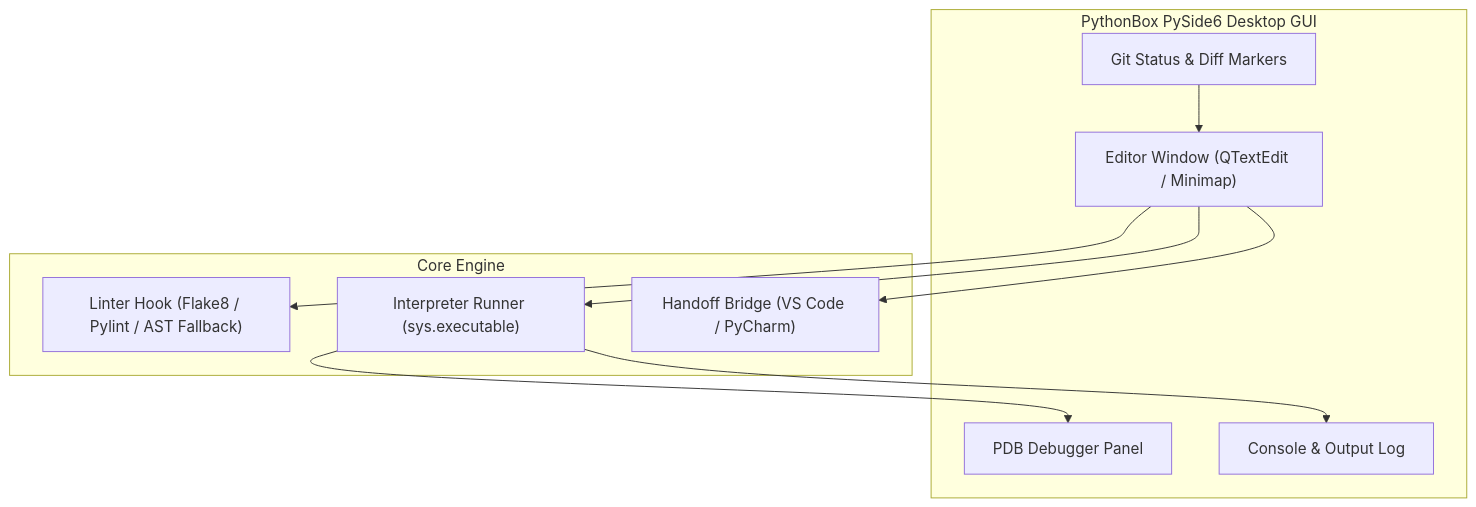
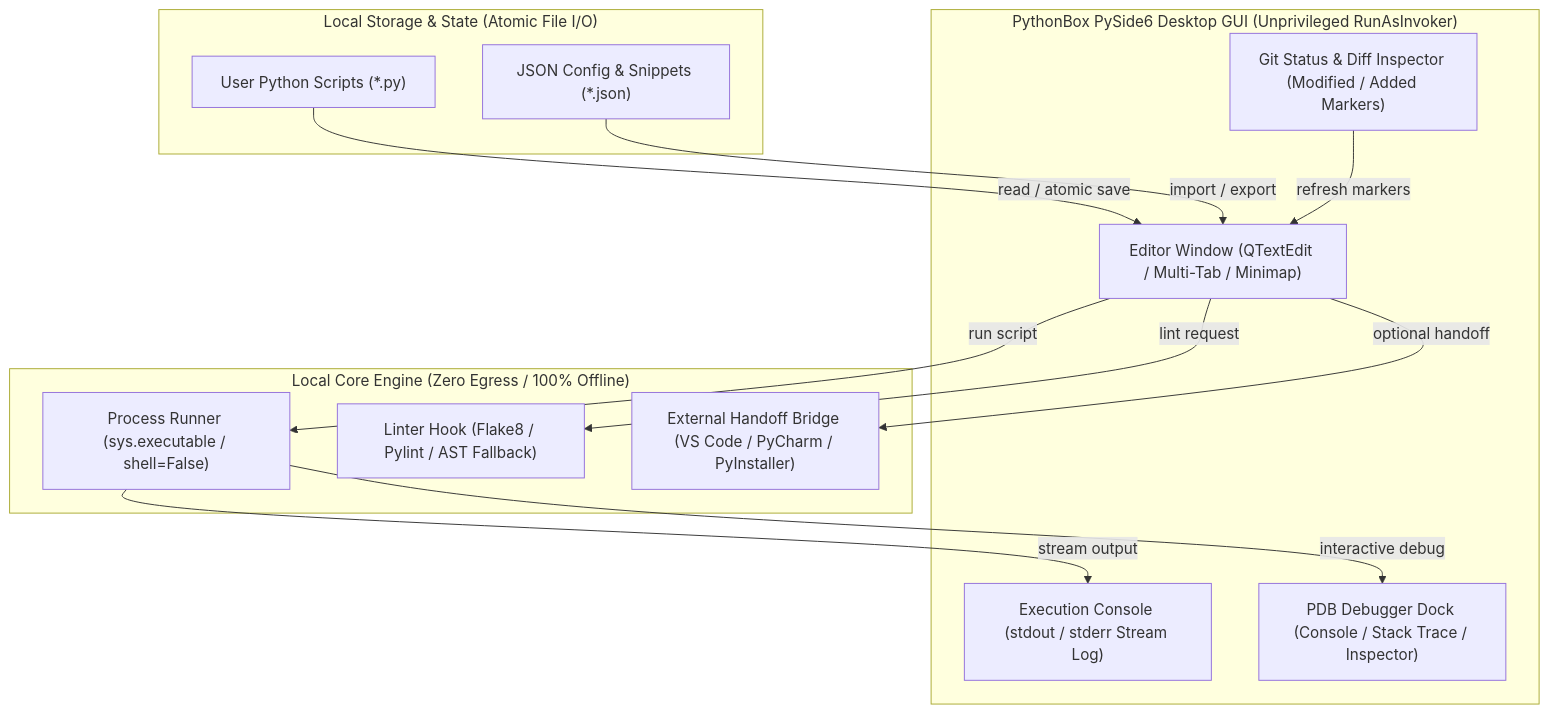
The first of 2 diagrams in README.md (dev-bricks/pythonbox), drawn with Mermaid before and after one commit. The commit also changed other lines of this file and 9 other files, not shown here.

Commit message:
feat(marketing): discoverability, dual mermaid diagrams, bilingual navigation parity & NOTICE attribution

````diff
--- a/README.md
+++ b/README.md
@@ -46,22 +82,29 @@
 ```mermaid
 flowchart TD
-    subgraph GUI ["PythonBox PySide6 Desktop GUI"]
-        ED["Editor Window (QTextEdit / Minimap)"]
-        DBG["PDB Debugger Panel"]
-        OUT["Console & Output Log"]
-        GIT_PANEL["Git Status & Diff Markers"]
+    subgraph GUI ["PythonBox PySide6 Desktop GUI (Unprivileged RunAsInvoker)"]
+        ED["Editor Window (QTextEdit / Multi-Tab / Minimap)"]
+        DBG["PDB Debugger Dock (Console / Stack Trace / Inspector)"]
+        OUT["Execution Console (stdout / stderr Stream Log)"]
+        GIT_PANEL["Git Status & Diff Inspector (Modified / Added Markers)"]
     end
 
-    subgraph CORE ["Core Engine"]
+    subgraph CORE ["Local Core Engine (Zero Egress / 100% Offline)"]
         LINT["Linter Hook (Flake8 / Pylint / AST Fallback)"]
-        EXEC["Interpreter Runner (sys.executable)"]
-        HANDOFF["Handoff Bridge (VS Code / PyCharm)"]
+        EXEC["Process Runner (sys.executable / shell=False)"]
+        HANDOFF["External Handoff Bridge (VS Code / PyCharm / PyInstaller)"]
     end
 
-    ED --> EXEC
-    ED --> LINT
-    EXEC --> OUT
-    EXEC --> DBG
-    ED --> HANDOFF
-    GIT_PANEL --> ED
+    subgraph FS ["Local Storage & State (Atomic File I/O)"]
+        SCRIPTS["User Python Scripts (*.py)"]
+        CONFIG["JSON Config & Snippets (*.json)"]
+    end
+
+    SCRIPTS -->|"read / atomic save"| ED
+    ED -->|"run script"| EXEC
+    ED -->|"lint request"| LINT
+    EXEC -->|"stream output"| OUT
+    EXEC -->|"interactive debug"| DBG
+    ED -->|"optional handoff"| HANDOFF
+    GIT_PANEL -->|"refresh markers"| ED
+    CONFIG -->|"import / export"| ED
 ```
````
